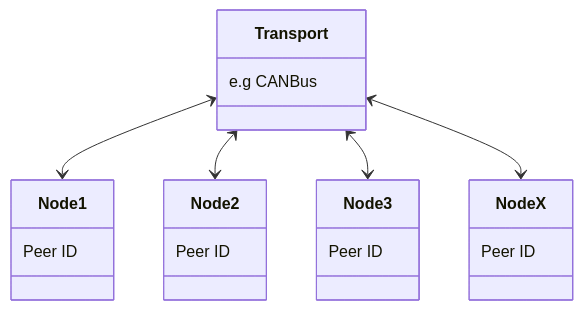
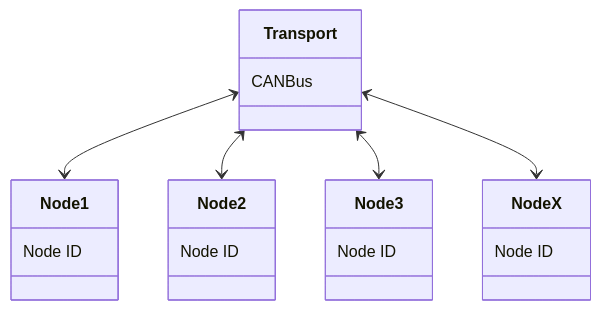
One commit to CedyrLabs/DroneCAN changed the first of 2 diagrams in README.md. Above: the diagram before and after it, drawn with Mermaid. The commit also changed other lines of this file, not shown here.

````diff
--- a/README.md
+++ b/README.md
@@ -36,22 +39,22 @@
 ```mermaid
 classDiagram
     Transport <--> Node1
     Transport <--> Node2
     Transport <--> Node3
     Transport <--> NodeX
     class Transport{
-        e.g CANBus
+    CANBus
     }
     class Node1{
-        Peer ID
+        Node ID
     }
     class Node2{
-        Peer ID
+        Node ID
     }
     class Node3{
-        Peer ID
+        Node ID
     }
     class NodeX{
-        Peer ID
+        Node ID
     }
 ```
````
